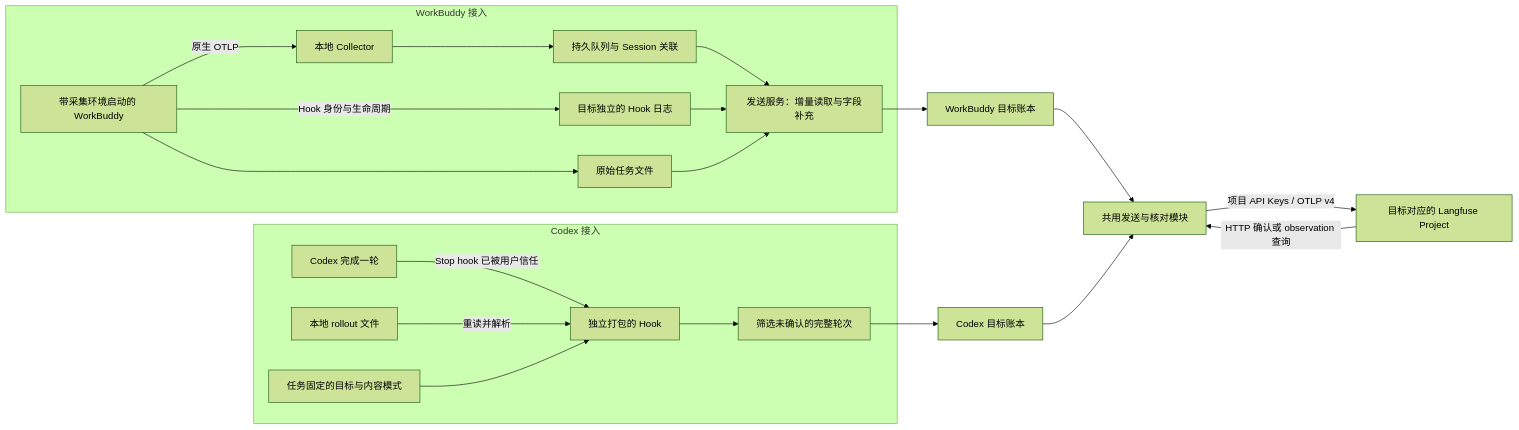
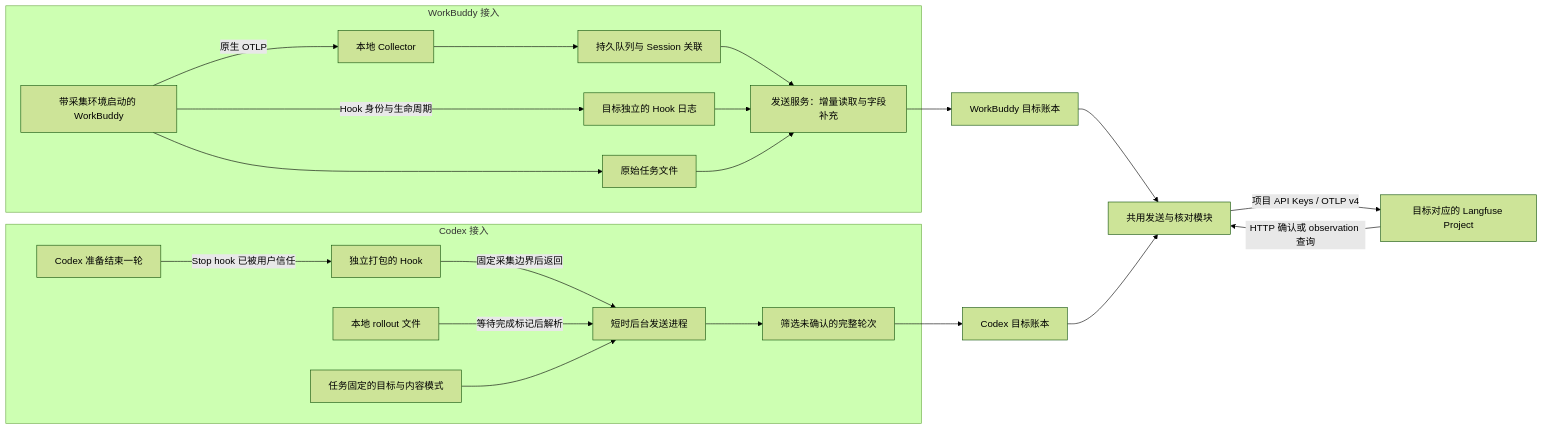
One commit to fine405/langfuse-helper changed the diagram in docs/architecture/overview.md. Above: the diagram before and after it, drawn with Mermaid (forest theme). The commit also changed other lines of this file and 8 other files, not shown here.

Commit message:
Fix Codex capture after Stop hook returns

````diff
--- a/docs/architecture/overview.md
+++ b/docs/architecture/overview.md
@@ -7,24 +7,25 @@
 ```mermaid
 flowchart LR
   subgraph WB[WorkBuddy 接入]
     W[带采集环境启动的 WorkBuddy] -->|原生 OTLP| COL[本地 Collector]
     W -->|Hook 身份与生命周期| WH[目标独立的 Hook 日志]
     W --> WT[原始任务文件]
     COL --> Q[持久队列与 Session 关联]
     Q --> WS[发送服务：增量读取与字段补充]
     WH --> WS
     WT --> WS
   end
   subgraph CX[Codex 接入]
-    C[Codex 完成一轮] -->|Stop hook 已被用户信任| CH[独立打包的 Hook]
-    CR[本地 rollout 文件] -->|重读并解析| CH
-    CB[任务固定的目标与内容模式] --> CH
-    CH --> CT[筛选未确认的完整轮次]
+    C[Codex 准备结束一轮] -->|Stop hook 已被用户信任| CH[独立打包的 Hook]
+    CH -->|固定采集边界后返回| CW[短时后台发送进程]
+    CR[本地 rollout 文件] -->|等待完成标记后解析| CW
+    CB[任务固定的目标与内容模式] --> CW
+    CW --> CT[筛选未确认的完整轮次]
   end
   WS --> WD[WorkBuddy 目标账本]
   CT --> CD[Codex 目标账本]
   WD --> TX[共用发送与核对模块]
   CD --> TX
   TX -->|项目 API Keys / OTLP v4| LF[目标对应的 Langfuse Project]
   LF -->|HTTP 确认或 observation 查询| TX
 ```
````
